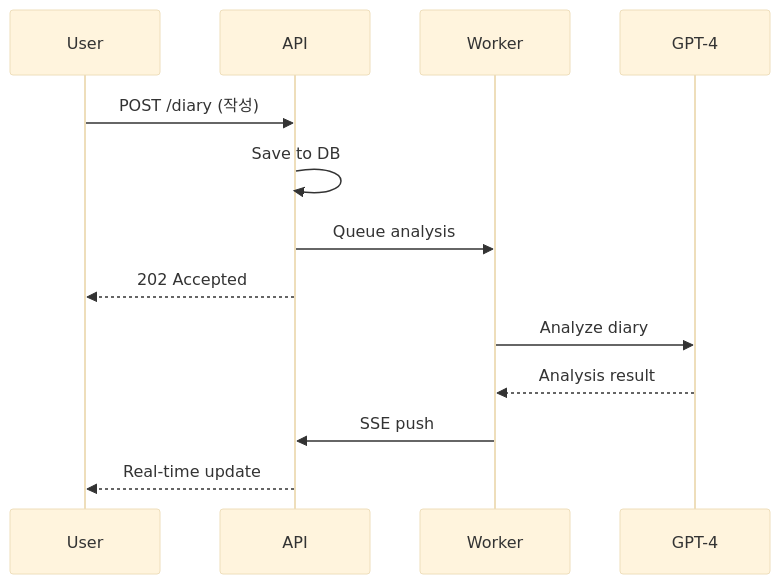
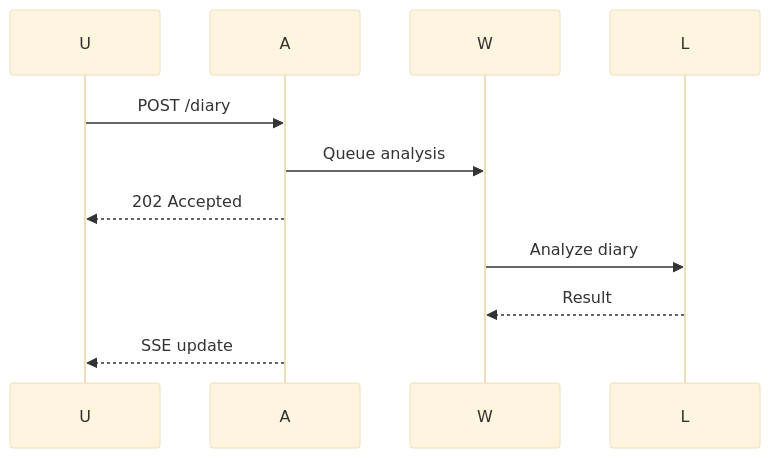
One commit to samdae/gant changed the fourth of 4 diagrams in .cursor/skills/overview/SKILL.md. Above: the diagram before and after it, drawn with Mermaid (base theme). The commit also changed other lines of this file and 35 other files, not shown here.

````diff
--- a/.cursor/skills/overview/SKILL.md
+++ b/.cursor/skills/overview/SKILL.md
@@ -383,16 +229,9 @@
 ```mermaid
 sequenceDiagram
-    participant U as User
-    participant A as API
-    participant W as Worker
-    participant L as GPT-4
-
-    U->>A: POST /diary (작성)
-    A->>A: Save to DB
+    U->>A: POST /diary
     A->>W: Queue analysis
     A-->>U: 202 Accepted
     W->>L: Analyze diary
-    L-->>W: Analysis result
-    W->>A: SSE push
-    A-->>U: Real-time update
+    L-->>W: Result
+    A-->>U: SSE update
 ```
````
